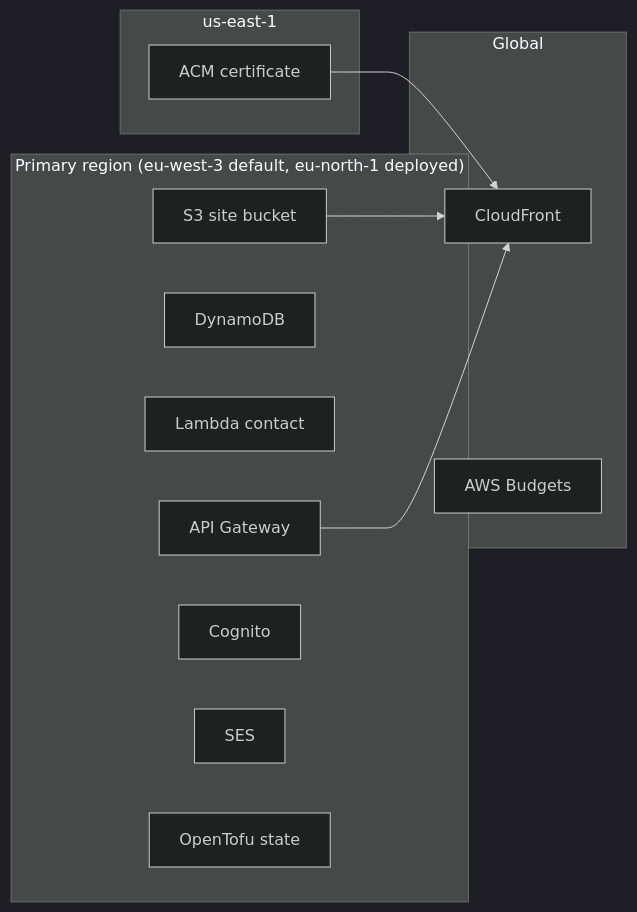
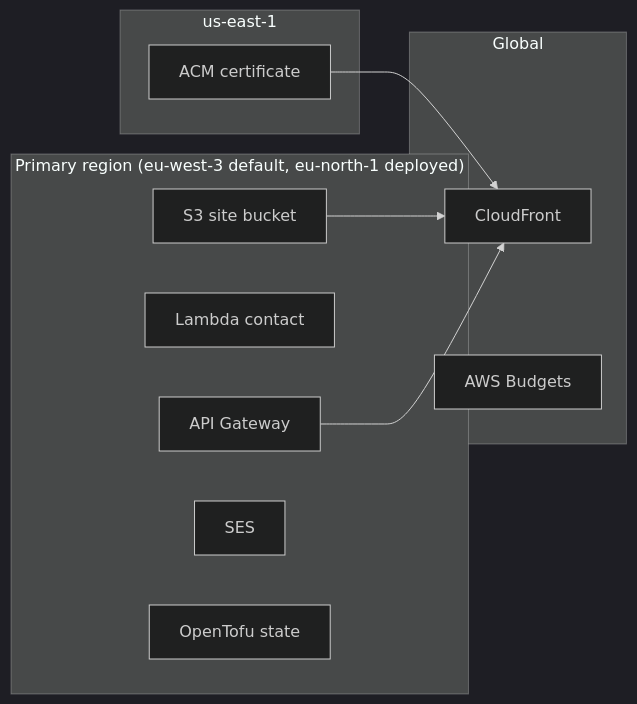
Before and after one commit to vasichkin/aws-zero-cost-hosting: the fifth of 5 diagrams in docs/DEPLOYMENT.md, drawn with Mermaid (dark theme). The commit also changed other lines of this file and 19 other files, not shown here.

````diff
--- a/docs/DEPLOYMENT.md
+++ b/docs/DEPLOYMENT.md
@@ -195,25 +174,23 @@
 ```mermaid
 flowchart LR
   subgraph primary["Primary region (eu-west-3 default, eu-north-1 deployed)"]
     S3[S3 site bucket]
-    DDB[DynamoDB]
     Lambda[Lambda contact]
     APIGW[API Gateway]
-    Cognito[Cognito]
     SES[SES]
     State[OpenTofu state]
   end
 
   subgraph us-east-1["us-east-1"]
     ACM[ACM certificate]
   end
 
   subgraph Global["Global"]
     CF[CloudFront]
     Budget[AWS Budgets]
   end
 
   ACM --> CF
   S3 --> CF
   APIGW --> CF
 ```
````
